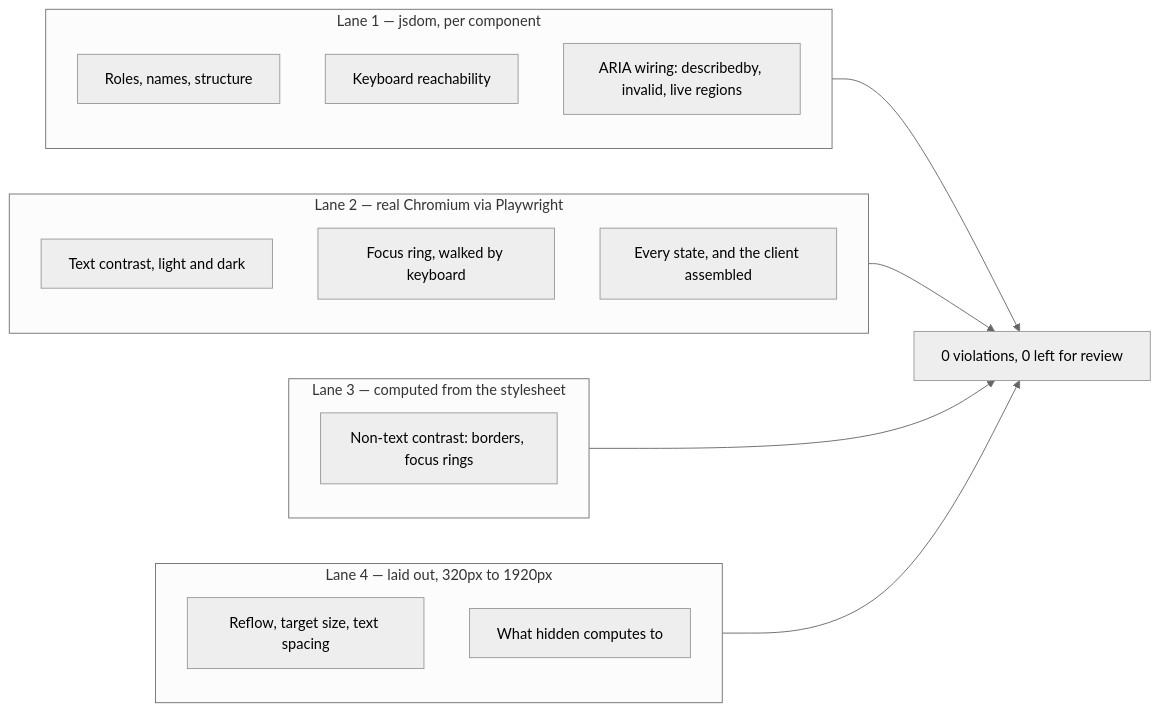
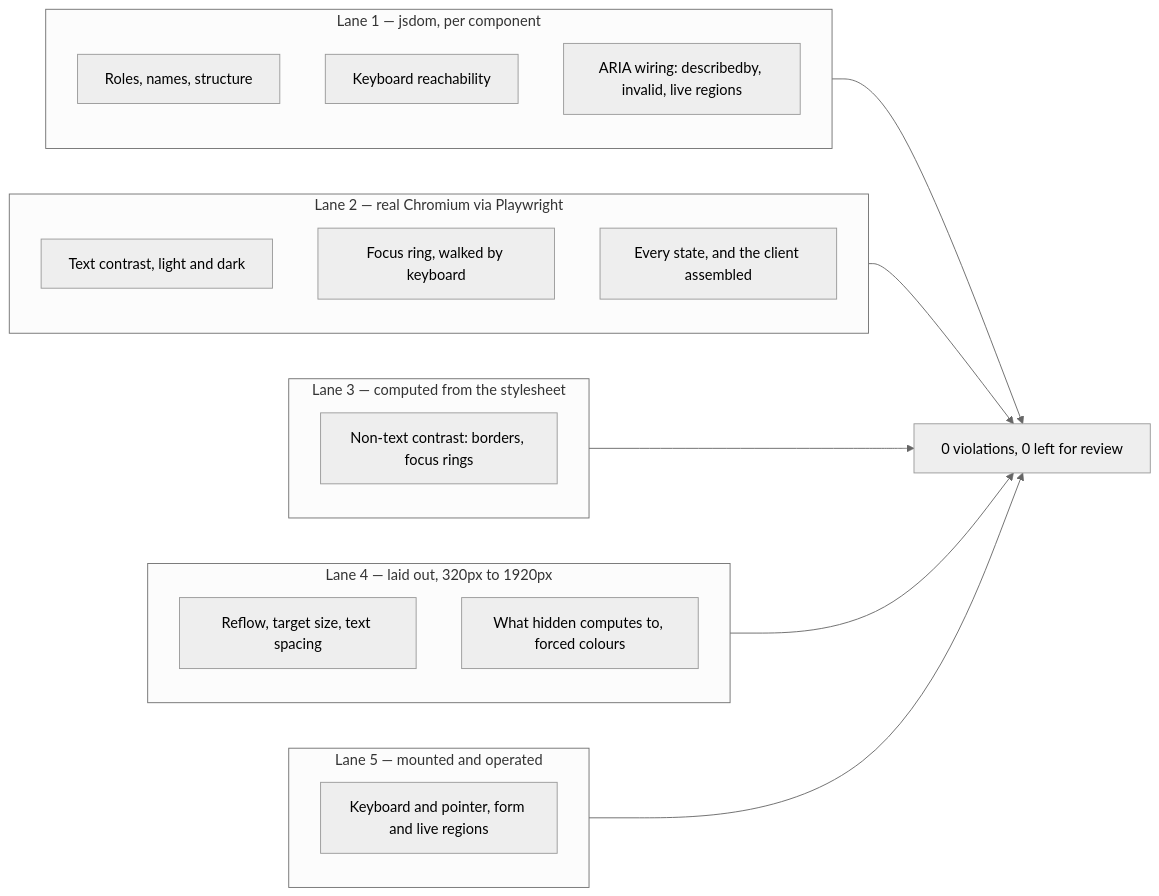
The sixth of 7 diagrams in README.md (d4551/cloudflare-dsh), drawn with Mermaid (neutral theme) before and after one commit. The commit also changed other lines of this file and 10 other files, not shown here.

````diff
--- a/README.md
+++ b/README.md
@@ -658,24 +658,28 @@
 ```mermaid
 graph LR
     subgraph jsdom["Lane 1 — jsdom, per component"]
         A["Roles, names, structure"]
         B["Keyboard reachability"]
         C["ARIA wiring: describedby, invalid, live regions"]
     end
     subgraph chromium["Lane 2 — real Chromium via Playwright"]
         D["Text contrast, light and dark"]
         E["Focus ring, walked by keyboard"]
         F["Every state, and the client assembled"]
     end
     subgraph computed["Lane 3 — computed from the stylesheet"]
         H["Non-text contrast: borders, focus rings"]
     end
     subgraph viewport["Lane 4 — laid out, 320px to 1920px"]
         I["Reflow, target size, text spacing"]
-        J["What hidden computes to"]
+        J["What hidden computes to, forced colours"]
+    end
+    subgraph e2e["Lane 5 — mounted and operated"]
+        K["Keyboard and pointer, form and live regions"]
     end
     jsdom --> G["0 violations, 0 left for review"]
     chromium --> G
     computed --> G
     viewport --> G
+    e2e --> G
 ```
````
